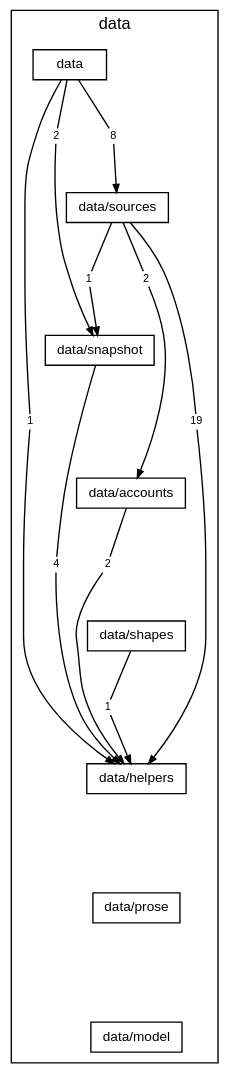
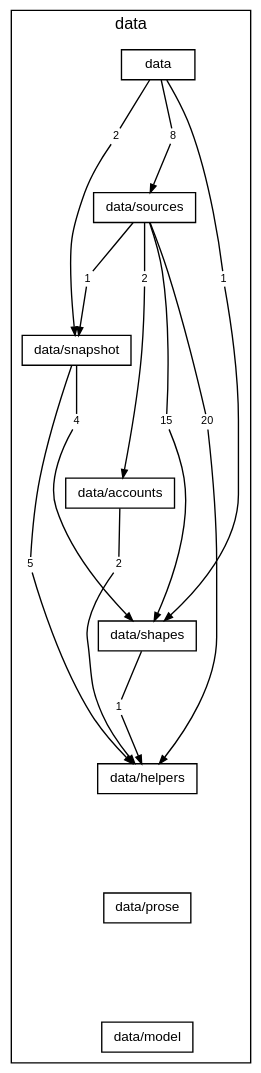
The diagram in docs/diagrams/layer-data.dot (TheAxeC/oculus), drawn with Graphviz before and after one commit. The commit also changed 59 other files, not shown here.

First line of the commit message:
Land Q85c, zod in the data folder

```diff
--- a/docs/diagrams/layer-data.dot
+++ b/docs/diagrams/layer-data.dot
@@ -1,50 +1,56 @@
 digraph layer_data {
     graph [bgcolor="transparent", rankdir=TB, newrank=true, fontname="Helvetica,Arial,sans-serif", fontsize=12, nodesep=0.2, ranksep=0.5];
     node [shape=box, color="black", fontcolor="black", fontname="Helvetica,Arial,sans-serif", fontsize=10, height=0.3, margin="0.12,0.04"];
     edge [color="black", fontcolor="black", fontname="Helvetica,Arial,sans-serif", fontsize=8, arrowsize=0.6];
     subgraph "cluster_data" {
         label="data"; style=solid;
         "folder data" [label="data"];
         "folder data/sources" [label="data/sources"];
         "folder data/snapshot" [label="data/snapshot"];
         "folder data/accounts" [label="data/accounts"];
         "folder data/shapes" [label="data/shapes"];
         "folder data/helpers" [label="data/helpers"];
         "folder data/prose" [label="data/prose"];
         "folder data/model" [label="data/model"];
-        "folder data to folder data/helpers" [label="1", shape=box, color="transparent", fontsize=8, width=0, height=0, margin="0.04,0.02"];
+        "folder data to folder data/shapes" [label="1", shape=box, color="transparent", fontsize=8, width=0, height=0, margin="0.04,0.02"];
         "folder data to folder data/snapshot" [label="2", shape=box, color="transparent", fontsize=8, width=0, height=0, margin="0.04,0.02"];
         "folder data to folder data/sources" [label="8", shape=box, color="transparent", fontsize=8, width=0, height=0, margin="0.04,0.02"];
         "folder data/sources to folder data/accounts" [label="2", shape=box, color="transparent", fontsize=8, width=0, height=0, margin="0.04,0.02"];
-        "folder data/sources to folder data/helpers" [label="19", shape=box, color="transparent", fontsize=8, width=0, height=0, margin="0.04,0.02"];
+        "folder data/sources to folder data/helpers" [label="20", shape=box, color="transparent", fontsize=8, width=0, height=0, margin="0.04,0.02"];
+        "folder data/sources to folder data/shapes" [label="15", shape=box, color="transparent", fontsize=8, width=0, height=0, margin="0.04,0.02"];
         "folder data/sources to folder data/snapshot" [label="1", shape=box, color="transparent", fontsize=8, width=0, height=0, margin="0.04,0.02"];
-        "folder data/snapshot to folder data/helpers" [label="4", shape=box, color="transparent", fontsize=8, width=0, height=0, margin="0.04,0.02"];
+        "folder data/snapshot to folder data/helpers" [label="5", shape=box, color="transparent", fontsize=8, width=0, height=0, margin="0.04,0.02"];
+        "folder data/snapshot to folder data/shapes" [label="4", shape=box, color="transparent", fontsize=8, width=0, height=0, margin="0.04,0.02"];
         "folder data/accounts to folder data/helpers" [label="2", shape=box, color="transparent", fontsize=8, width=0, height=0, margin="0.04,0.02"];
         "folder data/shapes to folder data/helpers" [label="1", shape=box, color="transparent", fontsize=8, width=0, height=0, margin="0.04,0.02"];
     }
     "folder data" -> "folder data/sources" [style=invis, weight=10, minlen=2];
     "folder data/sources" -> "folder data/snapshot" [style=invis, weight=10, minlen=2];
     "folder data/snapshot" -> "folder data/accounts" [style=invis, weight=10, minlen=2];
     "folder data/accounts" -> "folder data/shapes" [style=invis, weight=10, minlen=2];
     "folder data/shapes" -> "folder data/helpers" [style=invis, weight=10, minlen=2];
     "folder data/helpers" -> "folder data/prose" [style=invis, weight=10, minlen=2];
     "folder data/prose" -> "folder data/model" [style=invis, weight=10, minlen=2];
-    "folder data" -> "folder data to folder data/helpers" [arrowhead=none, minlen=5, weight=10];
-    "folder data to folder data/helpers" -> "folder data/helpers" [];
+    "folder data" -> "folder data to folder data/shapes" [arrowhead=none, minlen=3, weight=10];
+    "folder data to folder data/shapes" -> "folder data/shapes" [];
     "folder data" -> "folder data to folder data/snapshot" [arrowhead=none, minlen=1, weight=10];
     "folder data to folder data/snapshot" -> "folder data/snapshot" [];
     "folder data" -> "folder data to folder data/sources" [arrowhead=none, minlen=1, weight=10];
     "folder data to folder data/sources" -> "folder data/sources" [];
     "folder data/sources" -> "folder data/sources to folder data/accounts" [arrowhead=none, minlen=1, weight=10];
     "folder data/sources to folder data/accounts" -> "folder data/accounts" [];
     "folder data/sources" -> "folder data/sources to folder data/helpers" [arrowhead=none, minlen=3, weight=10];
     "folder data/sources to folder data/helpers" -> "folder data/helpers" [];
+    "folder data/sources" -> "folder data/sources to folder data/shapes" [arrowhead=none, minlen=3, weight=10];
+    "folder data/sources to folder data/shapes" -> "folder data/shapes" [];
     "folder data/sources" -> "folder data/sources to folder data/snapshot" [arrowhead=none, minlen=1, weight=10];
     "folder data/sources to folder data/snapshot" -> "folder data/snapshot" [];
     "folder data/snapshot" -> "folder data/snapshot to folder data/helpers" [arrowhead=none, minlen=3, weight=10];
     "folder data/snapshot to folder data/helpers" -> "folder data/helpers" [];
+    "folder data/snapshot" -> "folder data/snapshot to folder data/shapes" [arrowhead=none, minlen=1, weight=10];
+    "folder data/snapshot to folder data/shapes" -> "folder data/shapes" [];
     "folder data/accounts" -> "folder data/accounts to folder data/helpers" [arrowhead=none, minlen=1, weight=10];
     "folder data/accounts to folder data/helpers" -> "folder data/helpers" [];
     "folder data/shapes" -> "folder data/shapes to folder data/helpers" [arrowhead=none, minlen=1, weight=10];
     "folder data/shapes to folder data/helpers" -> "folder data/helpers" [];
 }
```
